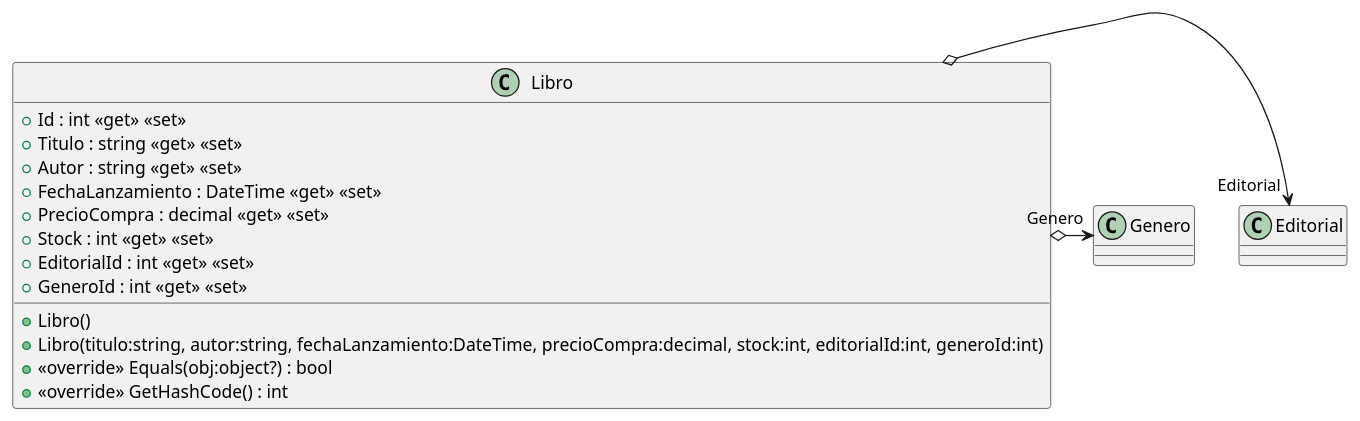
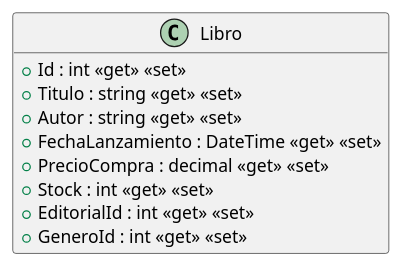
One commit to ISII2627NPA/ISII2627NPA changed the diagram in src/AppForSEII.API/ClassDiagram/Libro.puml. Above: the diagram before and after it, drawn with PlantUML. The commit also changed 5 other files, not shown here.

Commit message:
Corrección diagrama de clases (archivo .puml) (#103)

```diff
--- a/src/AppForSEII.API/ClassDiagram/Libro.puml
+++ b/src/AppForSEII.API/ClassDiagram/Libro.puml
@@ -1,19 +1,19 @@
 @startuml
+hide methods
 class Libro {
     + Libro()
     + Libro(titulo:string, autor:string, fechaLanzamiento:DateTime, precioCompra:decimal, stock:int, editorialId:int, generoId:int)
     + Id : int <<get>> <<set>>
     + Titulo : string <<get>> <<set>>
     + Autor : string <<get>> <<set>>
     + FechaLanzamiento : DateTime <<get>> <<set>>
     + PrecioCompra : decimal <<get>> <<set>>
     + Stock : int <<get>> <<set>>
     + EditorialId : int <<get>> <<set>>
     + GeneroId : int <<get>> <<set>>
     + <<override>> Equals(obj:object?) : bool
     + <<override>> GetHashCode() : int
 }
 
-Libro o-> "Editorial" Editorial
-Libro o-> "Genero" Genero
+
 @enduml
```
